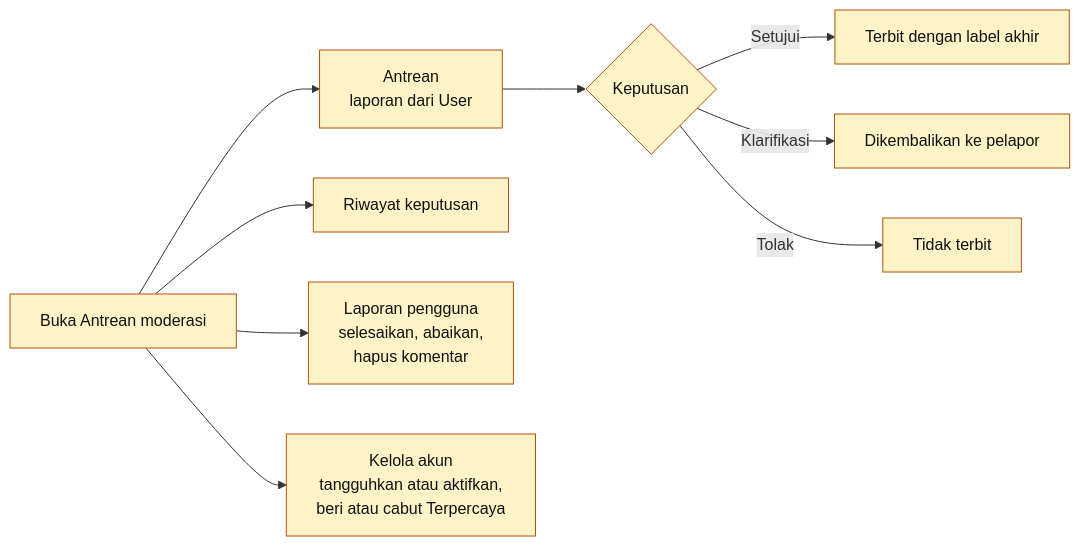
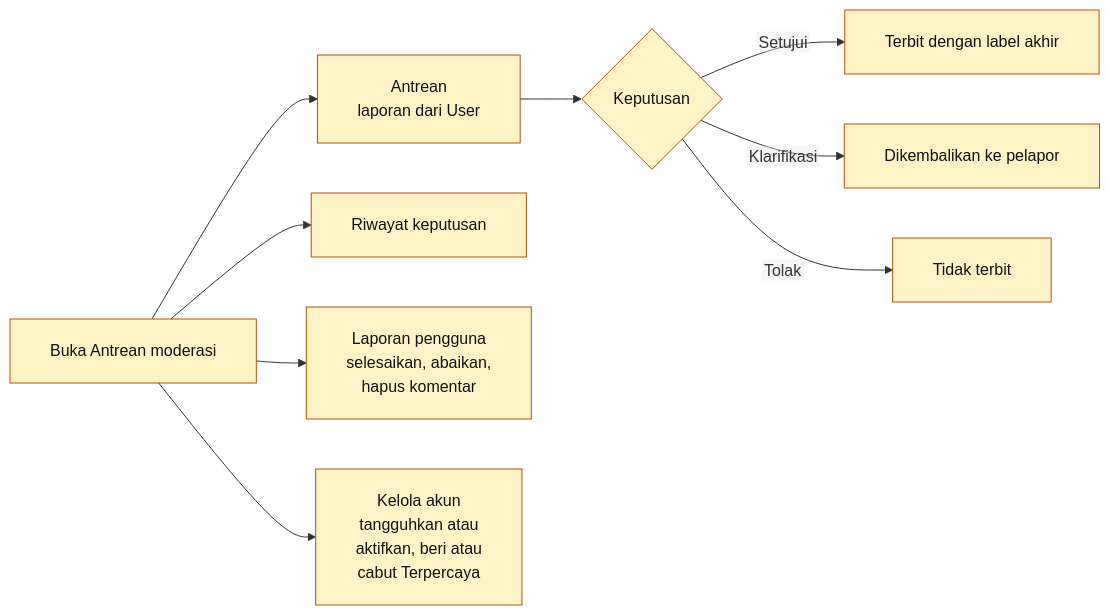
The tenth of 12 diagrams in README.md (ZaidAlHibb/ITIHIX), drawn with Mermaid before and after one commit. The commit also changed other lines of this file, not shown here.

````diff
--- a/README.md
+++ b/README.md
@@ -400,13 +484,14 @@
 ```mermaid
+%%{init: {"flowchart": {"htmlLabels": false, "padding": 20}, "themeVariables": {"fontFamily": "Arial, Helvetica, sans-serif"}}}%%
 flowchart LR
     A[Buka Antrean moderasi] --> B[Antrean<br/>laporan dari User]
     A --> C[Riwayat keputusan]
     A --> D[Laporan pengguna<br/>selesaikan, abaikan,<br/>hapus komentar]
-    A --> E[Kelola akun<br/>tangguhkan atau aktifkan,<br/>beri atau cabut Terpercaya]
+    A --> E[Kelola akun<br/>tangguhkan atau<br/>aktifkan, beri atau<br/>cabut Terpercaya]
     B --> F{Keputusan}
     F -->|Setujui| G[Terbit dengan label akhir]
     F -->|Klarifikasi| H[Dikembalikan ke pelapor]
     F -->|Tolak| I[Tidak terbit]
     classDef mod fill:#fef3c7,stroke:#b45309,color:#111111
     class A,B,C,D,E,F,G,H,I mod
 ```
````
